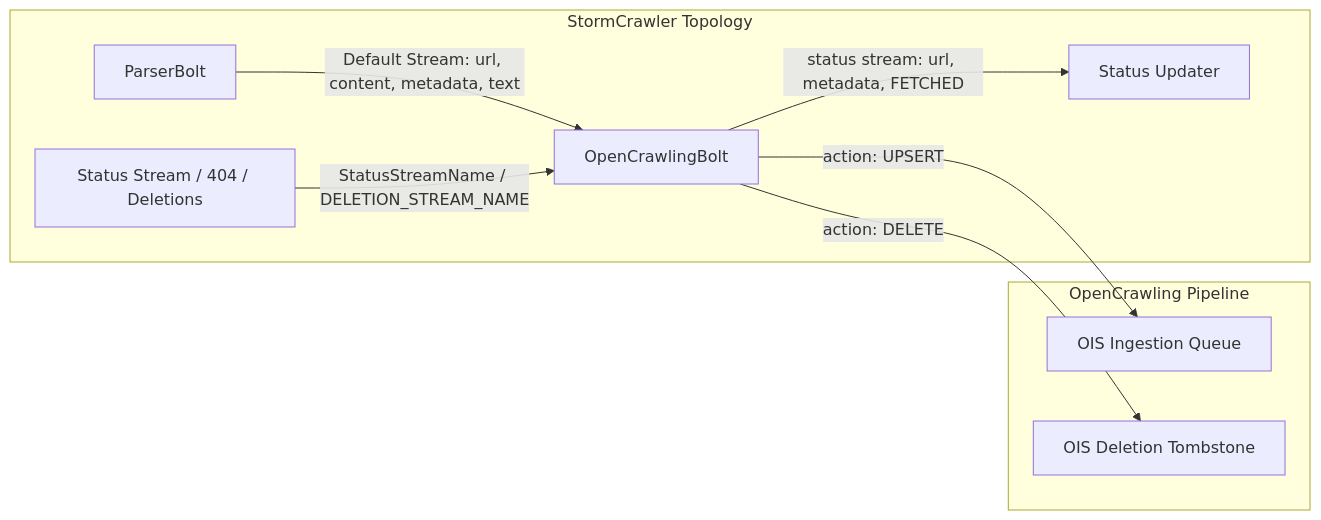
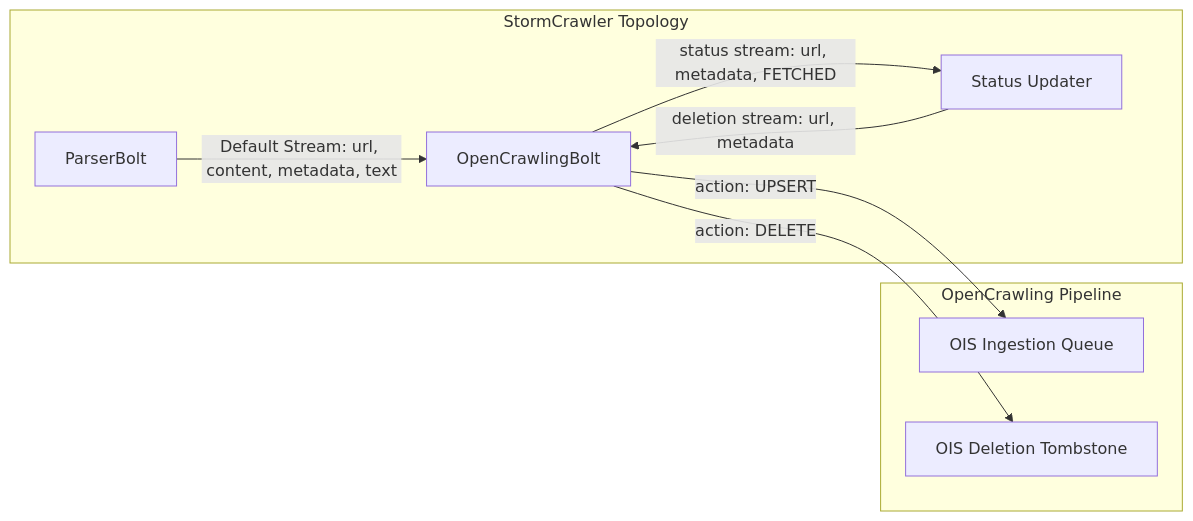
The diagram in oc-stormcrawler-bolt/README.md (opencrawling/opencrawling), drawn with Mermaid before and after one commit. The commit also changed other lines of this file and 5 other files, not shown here.

First line of the commit message:
fix(stormcrawler): take deletions from the status updater's deletion stream (#136)

````diff
--- a/oc-stormcrawler-bolt/README.md
+++ b/oc-stormcrawler-bolt/README.md
@@ -11,13 +11,13 @@
 ```mermaid
 graph LR
     subgraph StormCrawler Topology
         ParserBolt[ParserBolt] -->|Default Stream: url, content, metadata, text| OCBolt[OpenCrawlingBolt]
         OCBolt -->|status stream: url, metadata, FETCHED| StatusUpdater[Status Updater]
-        StatusStream[Status Stream / 404 / Deletions] -->|StatusStreamName / DELETION_STREAM_NAME| OCBolt
+        StatusUpdater -->|deletion stream: url, metadata| OCBolt
     end
 
     subgraph OpenCrawling Pipeline
         OCBolt -->|action: UPSERT| OIS_Queue[OIS Ingestion Queue]
         OCBolt -->|action: DELETE| OIS_Tombstone[OIS Deletion Tombstone]
     end
 ```
````
